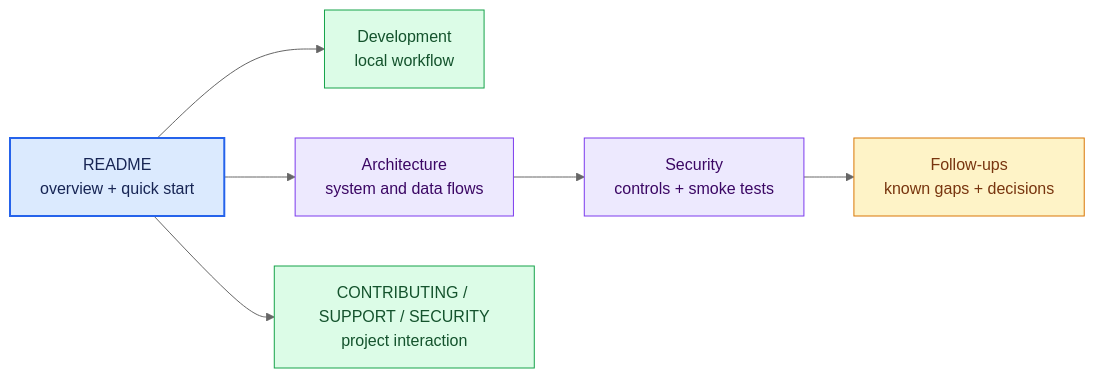
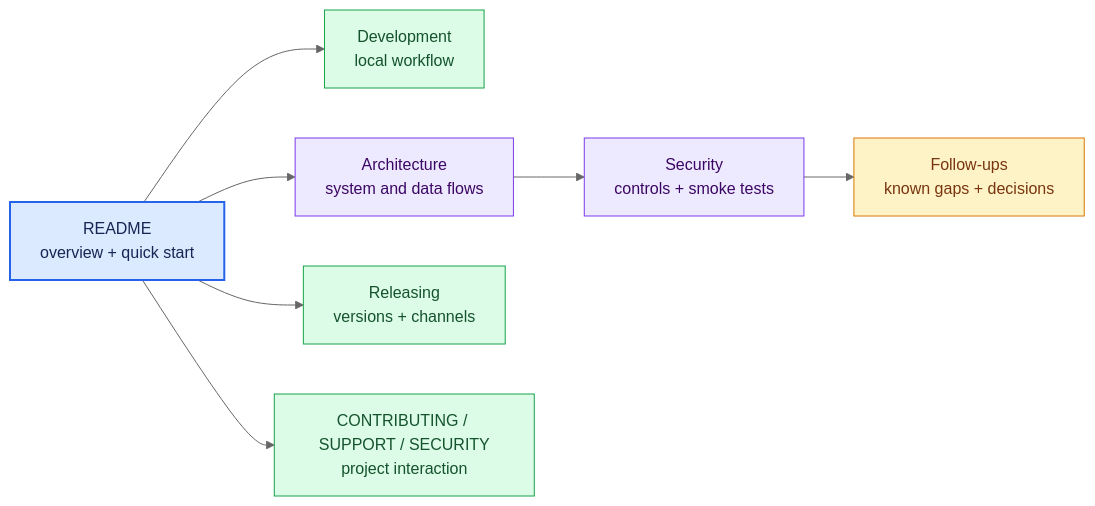
Before and after one commit to krmznkr/julian: the diagram in docs/README.md, drawn with Mermaid (neutral theme). The commit also changed other lines of this file and 40 other files, not shown here.

````diff
--- a/docs/README.md
+++ b/docs/README.md
@@ -7,24 +7,26 @@
 ```mermaid
 flowchart LR
   readme["README<br/>overview + quick start"]
   dev["Development<br/>local workflow"]
   architecture["Architecture<br/>system and data flows"]
   security["Security<br/>controls + smoke tests"]
   followups["Follow-ups<br/>known gaps + decisions"]
+  releasing["Releasing<br/>versions + channels"]
   community["CONTRIBUTING / SUPPORT / SECURITY<br/>project interaction"]
 
   readme --> dev
   readme --> architecture
   architecture --> security
   security --> followups
   readme --> community
+  readme --> releasing
 
   classDef entry fill:#dbeafe,stroke:#2563eb,color:#172554,stroke-width:2px
   classDef howto fill:#dcfce7,stroke:#16a34a,color:#14532d
   classDef explain fill:#ede9fe,stroke:#7c3aed,color:#3b0764
   classDef action fill:#fef3c7,stroke:#d97706,color:#78350f
   class readme entry
-  class dev,community howto
+  class dev,community,releasing howto
   class architecture,security explain
   class followups action
 ```
````
